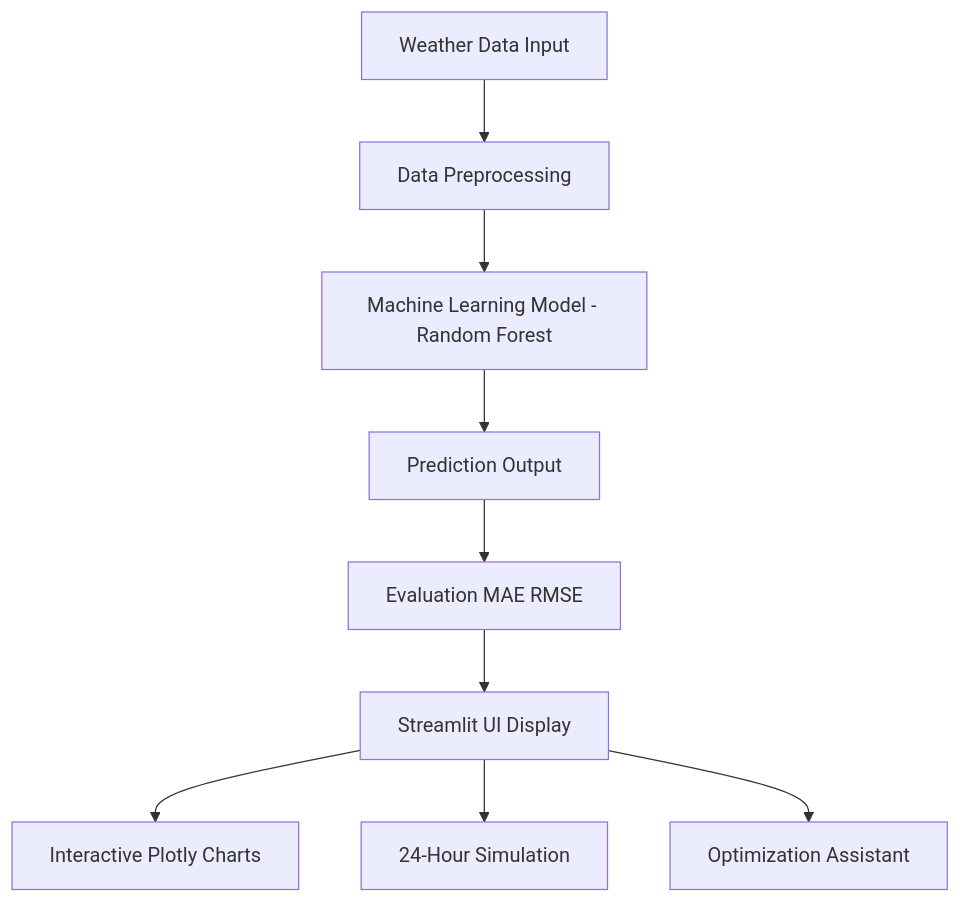
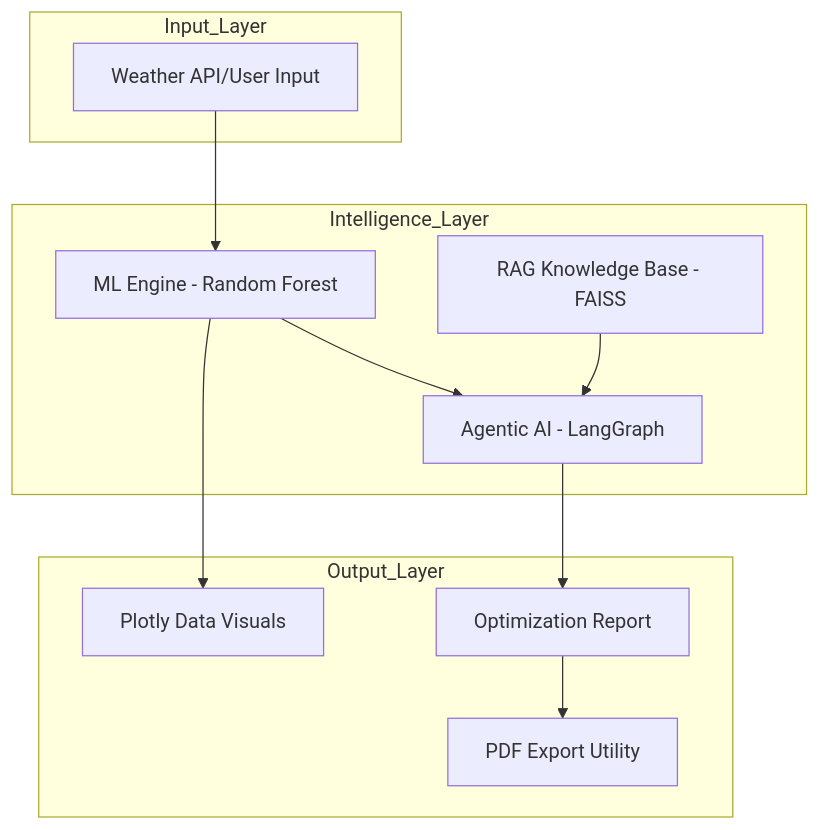
One commit to dncoder14/solar_forecasting changed the diagram in README.md. Above: the diagram before and after it, drawn with Mermaid. The commit also changed other lines of this file and 6 other files, not shown here.

Commit message:
Finalize Milestone 2: Agentic AI Assistant, RAG integration, and PDF Export

````diff
--- a/README.md
+++ b/README.md
@@ -94,11 +32,25 @@
 ```mermaid
 flowchart TD
-    A[Weather Data Input] --> B[Data Preprocessing]
-    B --> C[Machine Learning Model - Random Forest]
-    C --> D[Prediction Output]
-    D --> E[Evaluation MAE RMSE]
-    E --> F[Streamlit UI Display]
-    F --> G[Interactive Plotly Charts]
-    F --> H[24-Hour Simulation]
-    F --> I[Optimization Assistant]
+    subgraph Input_Layer
+        A[Weather API/User Input]
+    end
+
+    subgraph Intelligence_Layer
+        B[ML Engine - Random Forest]
+        C[Agentic AI - LangGraph]
+        D[RAG Knowledge Base - FAISS]
+    end
+
+    subgraph Output_Layer
+        E[Plotly Data Visuals]
+        F[Optimization Report]
+        G[PDF Export Utility]
+    end
+
+    A --> B
+    B --> C
+    D --> C
+    C --> F
+    B --> E
+    F --> G
 ```
````
